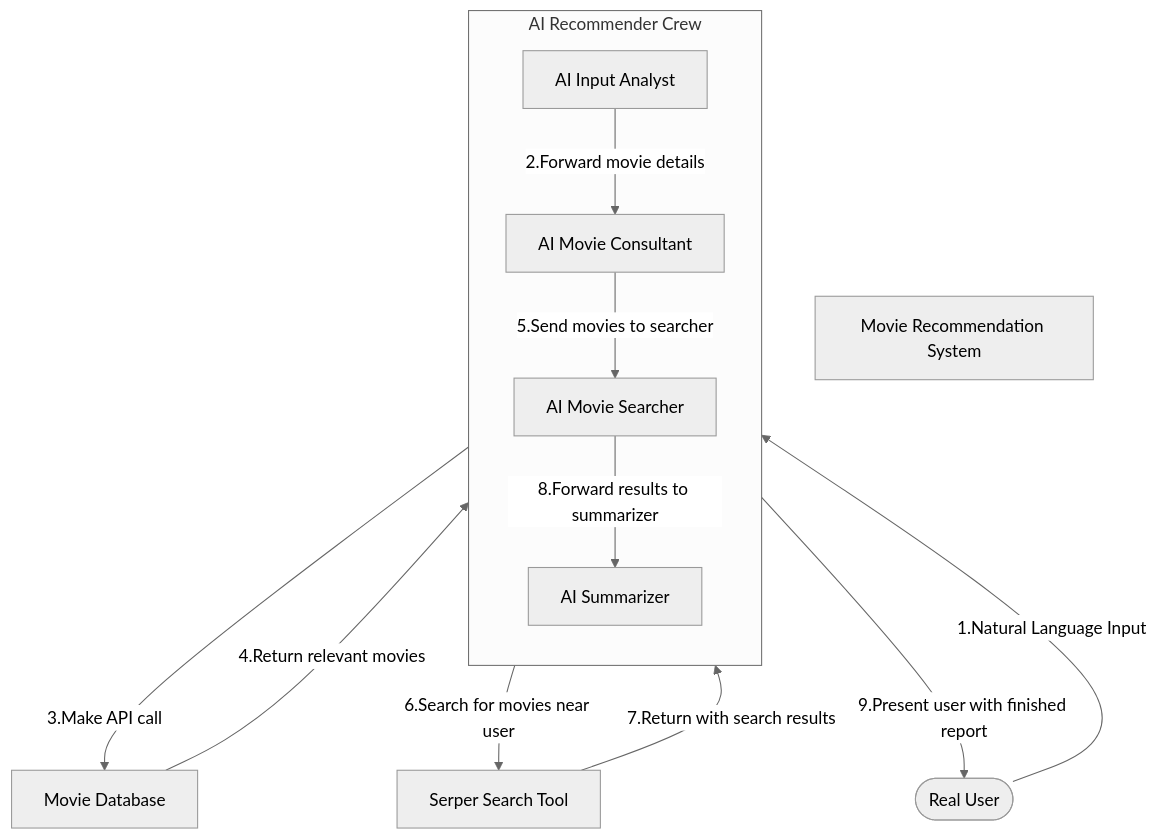
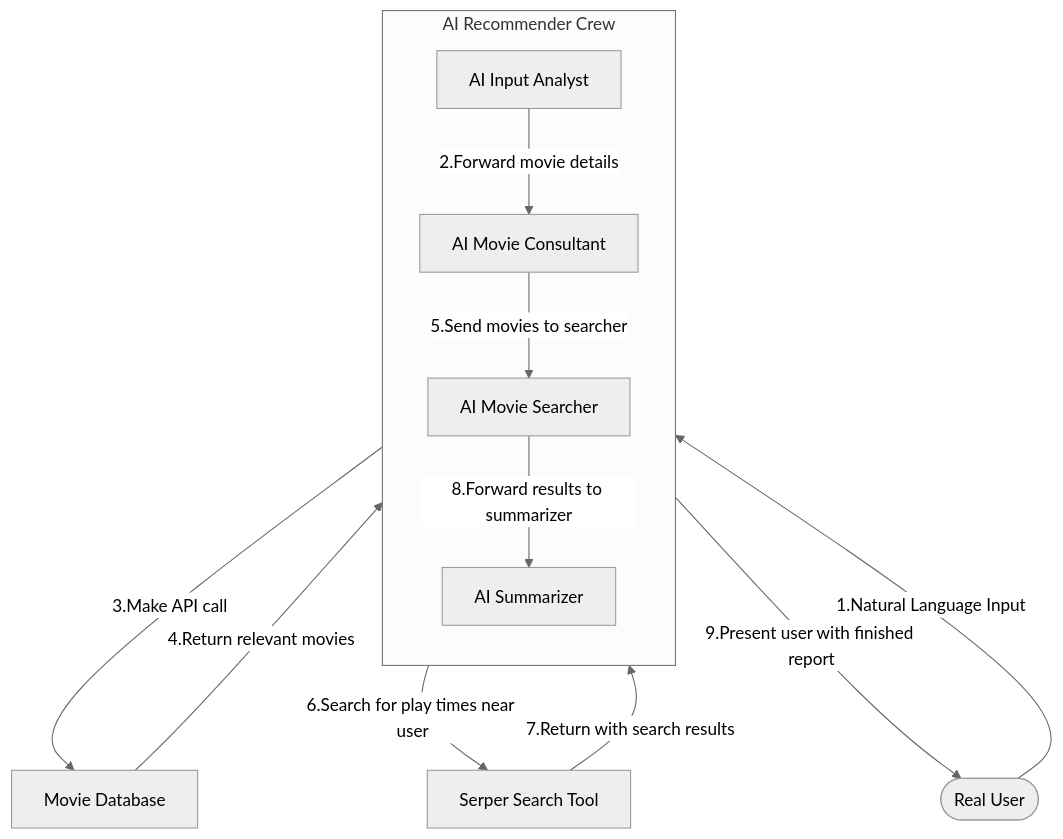
One commit to YifeiX03/movie-recommender-crew changed the first of 3 diagrams in README.md. Above: the diagram before and after it, drawn with Mermaid (neutral theme). The commit also changed other lines of this file, not shown here.

Commit message:
updated graph

````diff
--- a/README.md
+++ b/README.md
@@ -15,27 +15,26 @@
 ```mermaid
 graph TD
     real_user([Real User])
-    movie_recommendation_system[Movie Recommendation System]
     movie_db[Movie Database]
     serper_search_tool[Serper Search Tool]
 
     subgraph AI_Recommender_Crew["AI Recommender Crew"]
         direction TB
         analyst[AI Input Analyst]
         consultant[AI Movie Consultant]
         searcher[AI Movie Searcher]
         summarizer[AI Summarizer]
     end
 
     real_user -->|1.Natural Language Input| analyst
     analyst -->|2.Forward movie details| consultant
     consultant -->|3.Make API call| movie_db
     movie_db -->|4.Return relevant movies| consultant
     consultant -->|5.Send movies to searcher| searcher
-    searcher -->|6.Search for movies near user| serper_search_tool
+    searcher -->|6.Search for play times near user| serper_search_tool
     serper_search_tool -->|7.Return with search results| searcher
     searcher -->|8.Forward results to summarizer| summarizer
     summarizer -->|9.Present user with finished report| real_user
 
 
 ```
````
